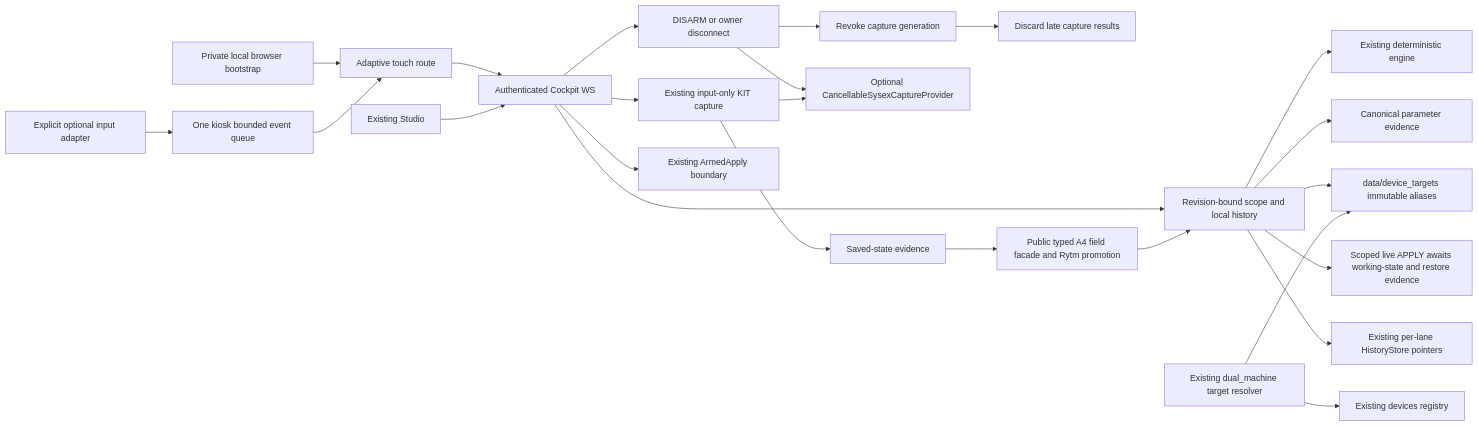
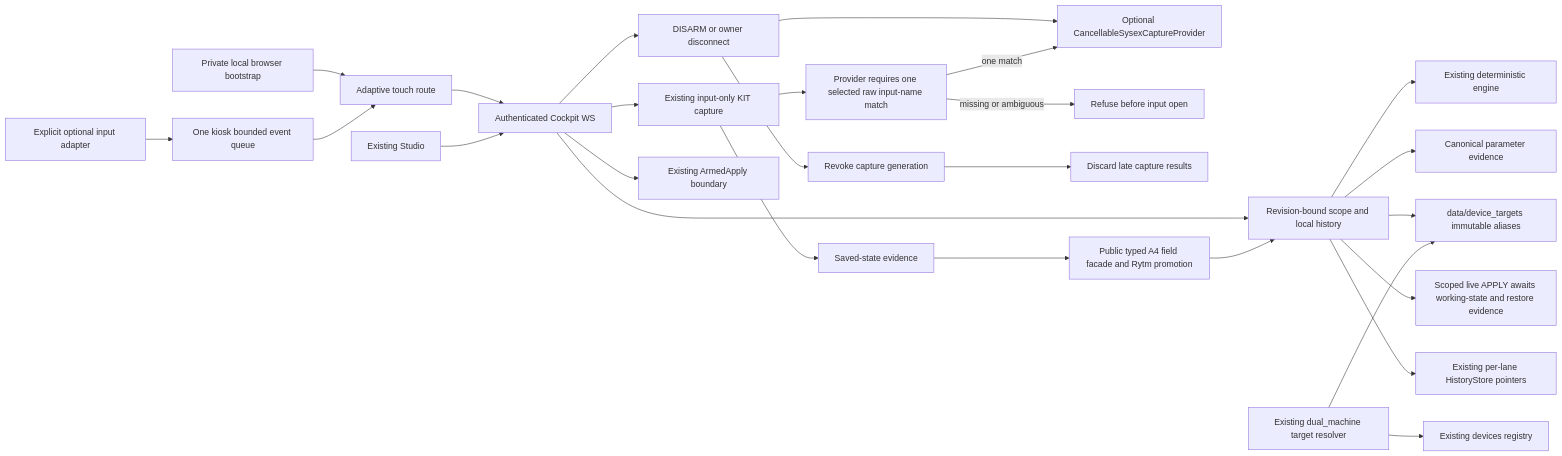
Before and after one commit to buzzijose-hub/RytmRandomizer: the first of 38 diagrams in docs/ARCHITECTURE_DIAGRAMS.md, drawn with Mermaid. The commit also changed other lines of this file and 15 other files, not shown here.

````diff
--- a/docs/ARCHITECTURE_DIAGRAMS.md
+++ b/docs/ARCHITECTURE_DIAGRAMS.md
@@ -5,26 +5,28 @@
 ```mermaid
 flowchart LR
   Touch[Adaptive touch route] --> WS[Authenticated Cockpit WS]
   Studio[Existing Studio] --> WS
   Kiosk[Private local browser bootstrap] --> Touch
   WS --> Scope[Revision-bound scope and local history]
   Scope --> Engine[Existing deterministic engine]
   Scope --> Catalog[Canonical parameter evidence]
   Scope --> Aliases[data/device_targets immutable aliases]
   Resolver[Existing dual_machine target resolver] --> Aliases
   Resolver --> Registry[Existing devices registry]
   WS --> Capture[Existing input-only KIT capture]
   WS --> Cancel[DISARM or owner disconnect]
   Cancel --> Generation[Revoke capture generation]
   Cancel --> Provider[Optional CancellableSysexCaptureProvider]
-  Capture --> Provider
+  Capture --> InputIdentity[Provider requires one selected raw input-name match]
+  InputIdentity -->|one match| Provider
+  InputIdentity -->|missing or ambiguous| InputRefusal[Refuse before input open]
   Generation --> Late[Discard late capture results]
   Capture --> Saved[Saved-state evidence]
   Saved --> Native[Public typed A4 field facade and Rytm promotion]
   Native --> Scope
   Pins[Explicit optional input adapter] --> Queue[One kiosk bounded event queue]
   Queue --> Touch
   WS --> Armed[Existing ArmedApply boundary]
   Scope --> Block[Scoped live APPLY awaits working-state and restore evidence]
   Scope --> History[Existing per-lane HistoryStore pointers]
 ```
````
